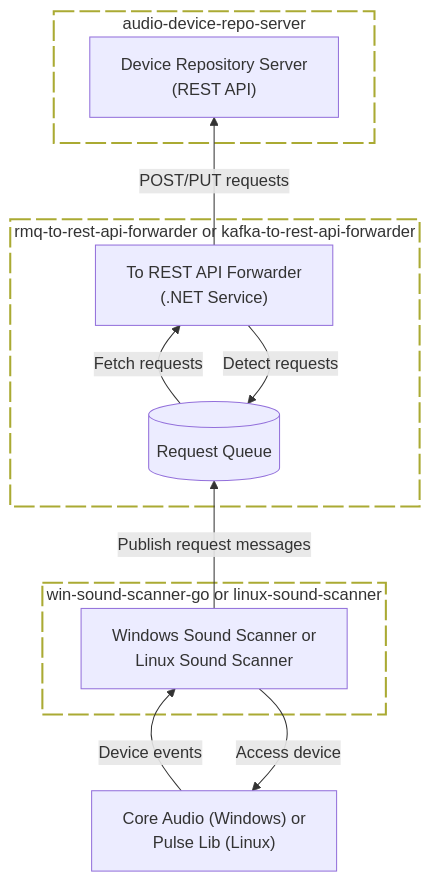
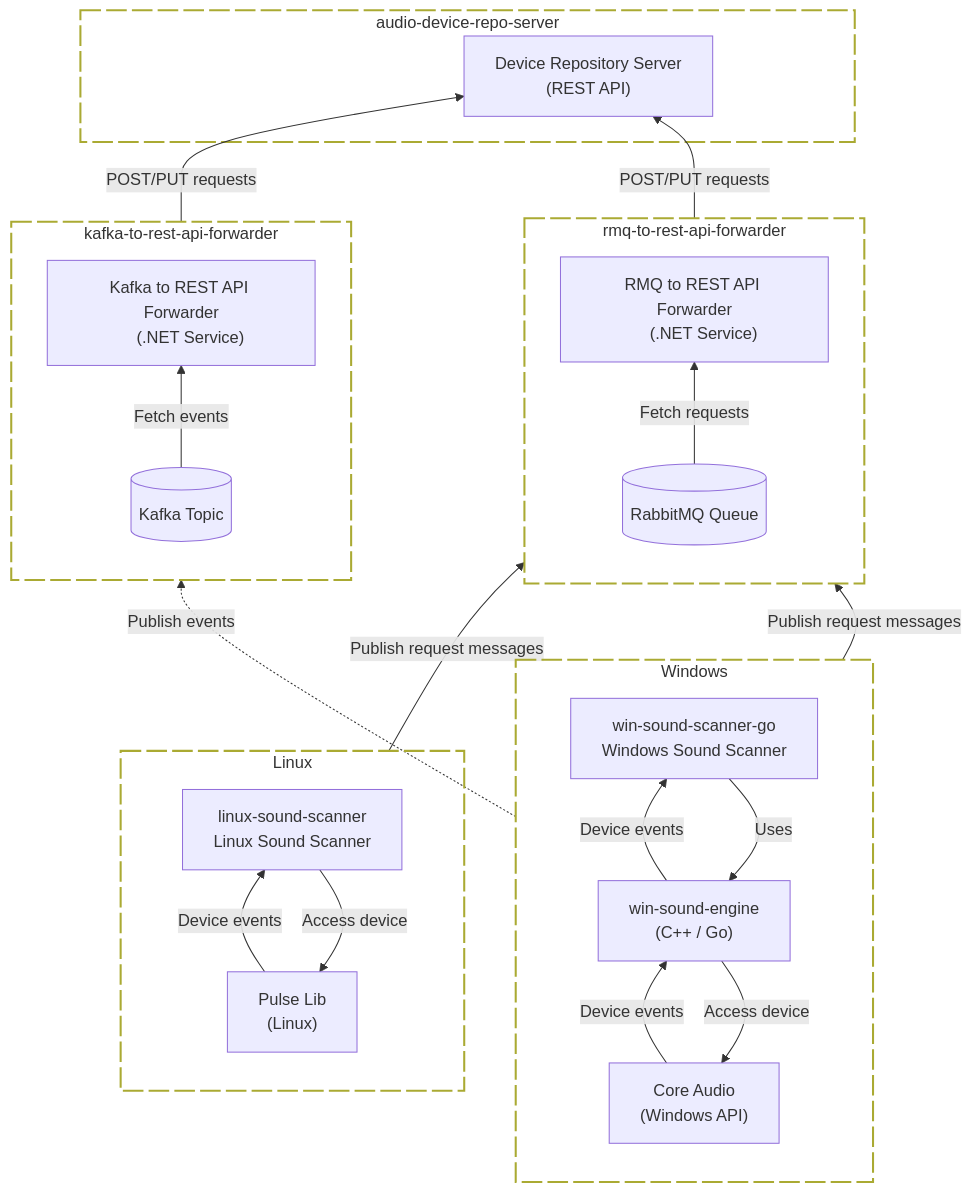
The diagram in profile/README.md (collect-sound-devices/.github), drawn with Mermaid before and after one commit. The commit also changed other lines of this file, not shown here.

Commit message:
docs: update profile architecture overview

````diff
--- a/profile/README.md
+++ b/profile/README.md
@@ -19,39 +20,92 @@
 ```mermaid
 flowchart BT
 
-classDef dottedBox fill:transparent,fill-opacity:0.55, stroke-dasharray:20 5,stroke-width:2px;
+classDef dottedBox fill:transparent,fill-opacity:0.55,stroke-dasharray:20 5,stroke-width:2px;
 
-coreAudioApi["Core Audio (Windows) or
-Pulse Lib (Linux)"]
+%% Device / scanner layer
 
-subgraph scannerService["win-sound-scanner-go or linux-sound-scanner"]
-    winSoundScannerService["Windows Sound Scanner or
+subgraph windowsBranch["Windows"]
+    direction BT
+    coreAudio["Core Audio
+    (Windows API)"]
+
+    winSoundEngine["win-sound-engine
+    (C++ / Go)"]
+
+    winSoundScanner["win-sound-scanner-go
+    Windows Sound Scanner"]
+end
+class windowsBranch dottedBox
+
+subgraph linuxBranch["Linux"]
+    direction BT
+    pulseLib["Pulse Lib
+    (Linux)"]
+
+    linuxSoundScanner["linux-sound-scanner
     Linux Sound Scanner"]
 end
-class scannerService dottedBox
+class linuxBranch dottedBox
 
-subgraph requestQueueMicroservice["rmq-to-rest-api-forwarder or kafka-to-rest-api-forwarder
-"]
-    requestQueue[("Request Queue")]
-    rabbitMqRestForwarder["To REST API Forwarder
+
+%% Messaging / forwarding layer
+
+subgraph rabbitMqMicroservice["rmq-to-rest-api-forwarder"]
+    direction BT
+    rabbitMqQueue[("RabbitMQ Queue")]
+
+    rabbitMqRestForwarder["RMQ to REST API Forwarder
     (.NET Service)"]
 end
-class requestQueueMicroservice dottedBox
+class rabbitMqMicroservice dottedBox
 
-subgraph repoServer["audio-device-repo-server
-"]
+subgraph kafkaMicroservice["kafka-to-rest-api-forwarder"]
+    direction BT
+    kafkaTopic[("Kafka Topic")]
+
+    kafkaRestForwarder["Kafka to REST API Forwarder
+    (.NET Service)"]
+end
+class kafkaMicroservice dottedBox
+
+
+%% Repository layer
+
+subgraph repoServer["audio-device-repo-server"]
     deviceRepositoryApi["Device Repository Server
     (REST API)"]
 end
 class repoServer dottedBox
 
-winSoundScannerService --> |Access device| coreAudioApi
-coreAudioApi -->|Device events| winSoundScannerService
 
-winSoundScannerService -->|Publish request messages| requestQueue
+%% Windows device path
 
-requestQueue -->|Fetch requests| rabbitMqRestForwarder
-rabbitMqRestForwarder --> |Detect requests| requestQueue
+winSoundEngine -->|Access device| coreAudio
+coreAudio -->|Device events| winSoundEngine
+
+winSoundScanner -->|Uses| winSoundEngine
+winSoundEngine -->|Device events| winSoundScanner
+
+
+%% Linux device path
+
+linuxSoundScanner -->|Access device| pulseLib
+pulseLib -->|Device events| linuxSoundScanner
+
+
+%% Messaging paths
+
+winSoundScanner -->|Publish request messages| rabbitMqQueue
+linuxSoundScanner -->|Publish request messages| rabbitMqQueue
+
+winSoundScanner -.->|Publish events| kafkaTopic
+
+
+%% Forwarding paths
+
+rabbitMqQueue -->|Fetch requests| rabbitMqRestForwarder
+kafkaTopic -->|Fetch events| kafkaRestForwarder
+
 rabbitMqRestForwarder -->|POST/PUT requests| deviceRepositoryApi
-
+kafkaRestForwarder -->|POST/PUT requests| deviceRepositoryApi
 ```
````
